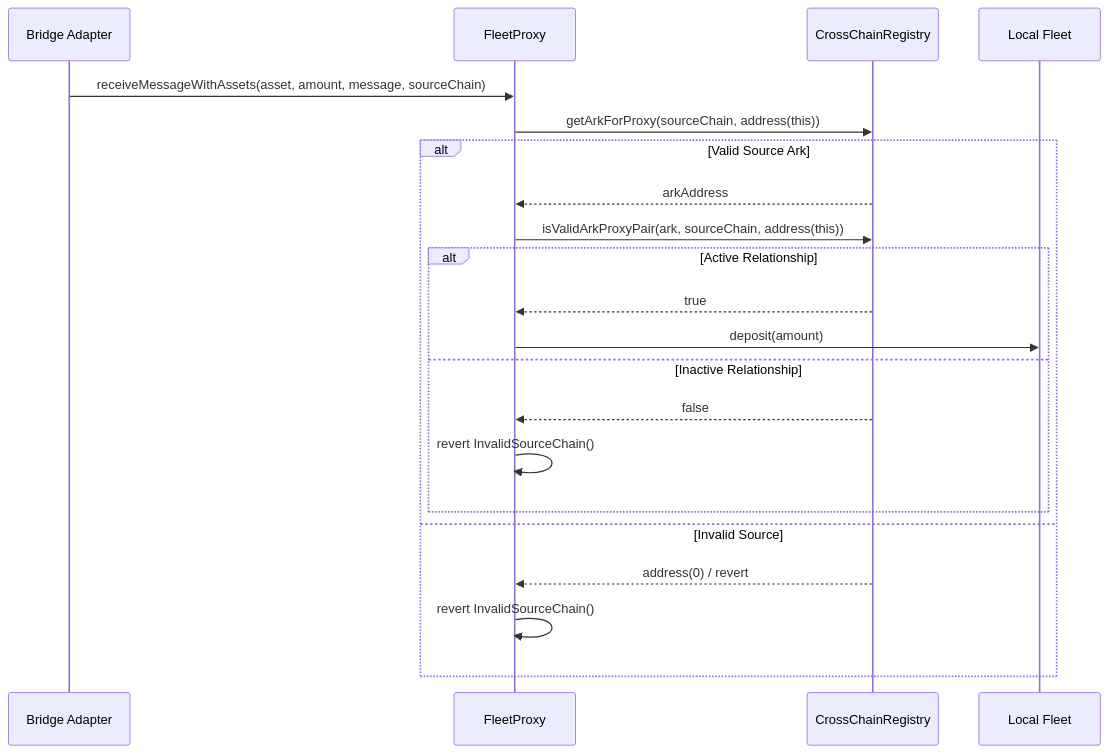
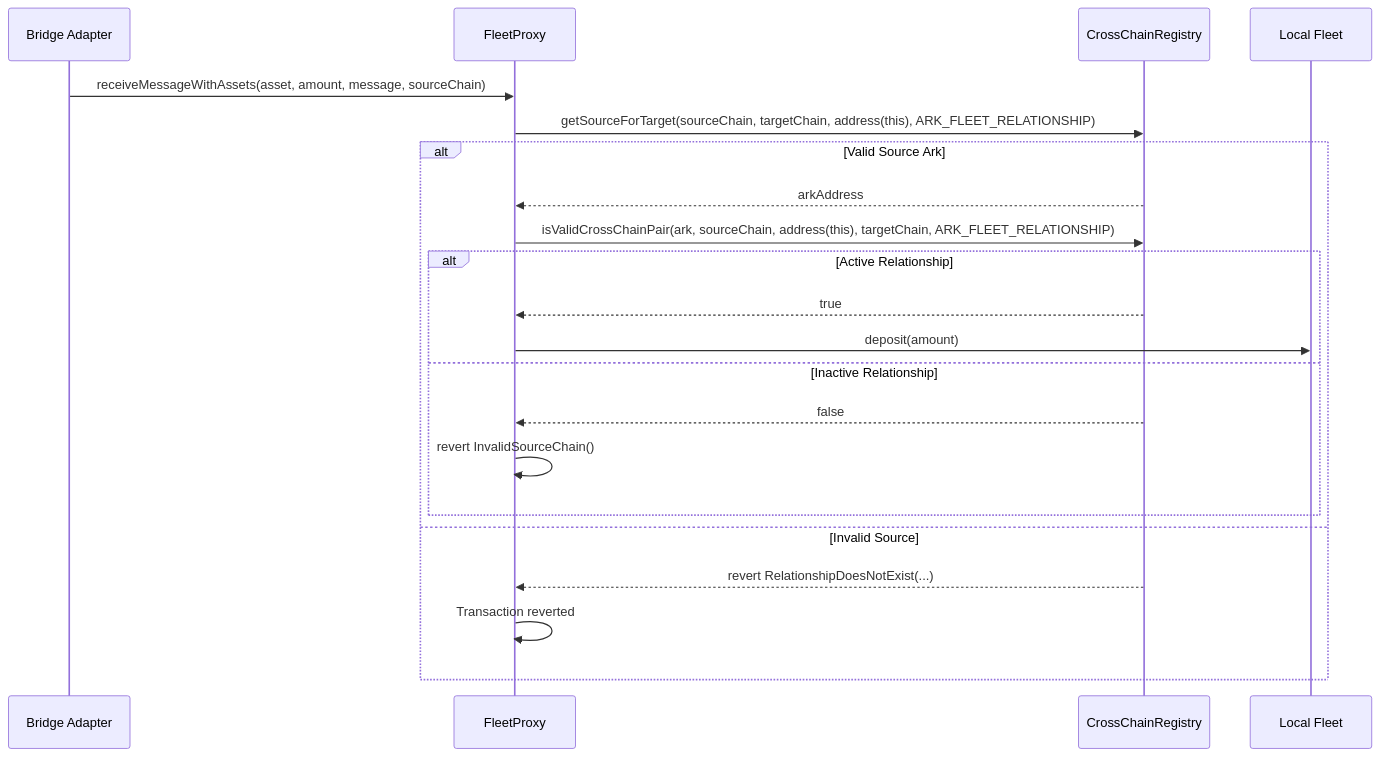
One commit to OasisDEX/summer-earn-protocol changed the second of 3 diagrams in packages/core-contracts/docs/CROSS_CHAIN_ARK_TECHNICAL_ARCHITECTURE.md. Above: the diagram before and after it, drawn with Mermaid. The commit also changed other lines of this file and 9 other files, not shown here.

First line of the commit message:
refactor: enhance CrossChainArk and CrossChainRegistry for improved relationship management

````diff
--- a/packages/core-contracts/docs/CROSS_CHAIN_ARK_TECHNICAL_ARCHITECTURE.md
+++ b/packages/core-contracts/docs/CROSS_CHAIN_ARK_TECHNICAL_ARCHITECTURE.md
@@ -83,24 +86,24 @@
 ```mermaid
 sequenceDiagram
     participant Adapter as Bridge Adapter
     participant Proxy as FleetProxy
     participant Reg as CrossChainRegistry
     participant Fleet as Local Fleet
     
     Adapter->>Proxy: receiveMessageWithAssets(asset, amount, message, sourceChain)
-    Proxy->>Reg: getArkForProxy(sourceChain, address(this))
+    Proxy->>Reg: getSourceForTarget(sourceChain, targetChain, address(this), ARK_FLEET_RELATIONSHIP)
     alt Valid Source Ark
         Reg-->>Proxy: arkAddress
-        Proxy->>Reg: isValidArkProxyPair(ark, sourceChain, address(this))
+        Proxy->>Reg: isValidCrossChainPair(ark, sourceChain, address(this), targetChain, ARK_FLEET_RELATIONSHIP)
         alt Active Relationship
             Reg-->>Proxy: true
             Proxy->>Fleet: deposit(amount)
         else Inactive Relationship
             Reg-->>Proxy: false
             Proxy->>Proxy: revert InvalidSourceChain()
         end
     else Invalid Source
-        Reg-->>Proxy: address(0) / revert
-        Proxy->>Proxy: revert InvalidSourceChain()
+        Reg-->>Proxy: revert RelationshipDoesNotExist(...)
+        Proxy->>Proxy: Transaction reverted
     end
 ```
````
